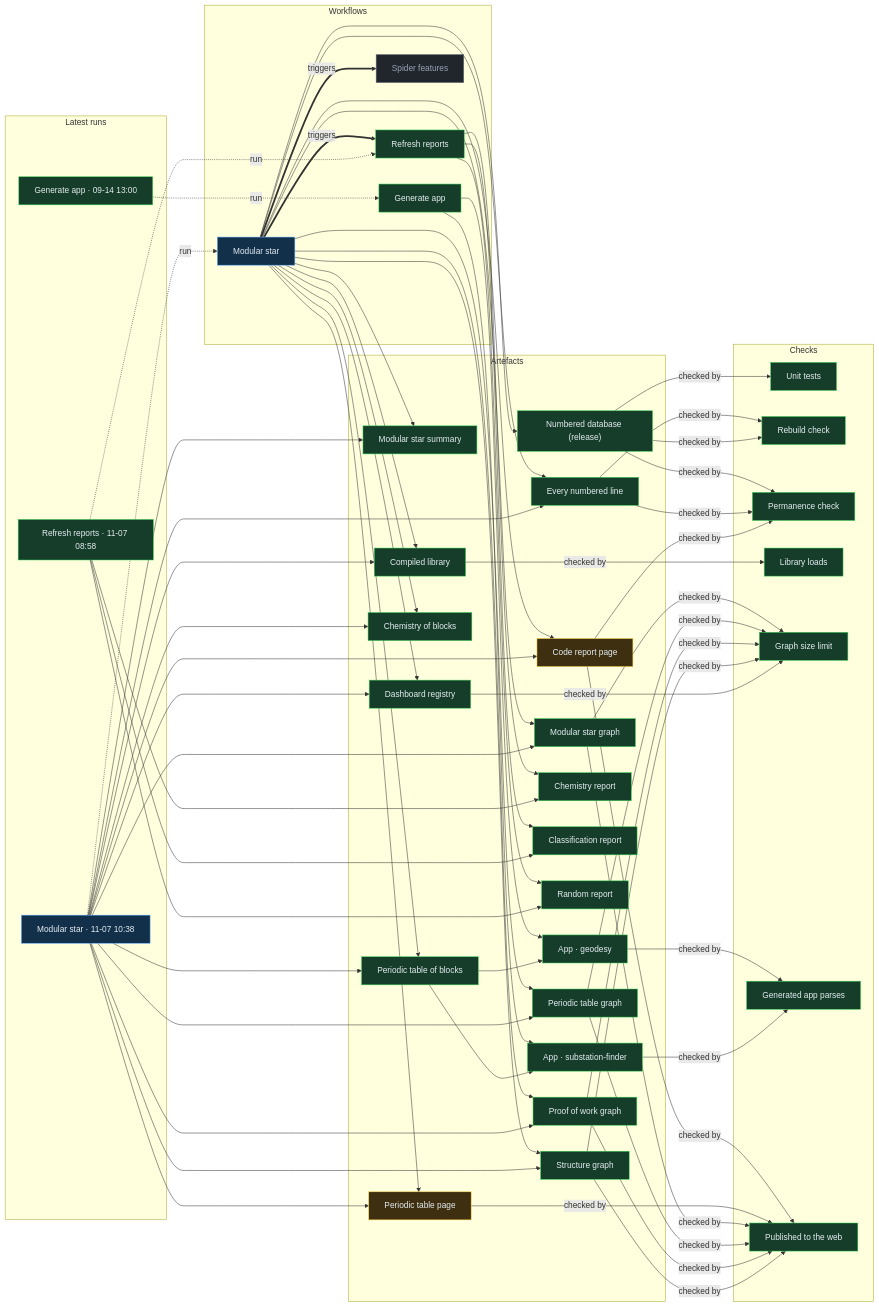
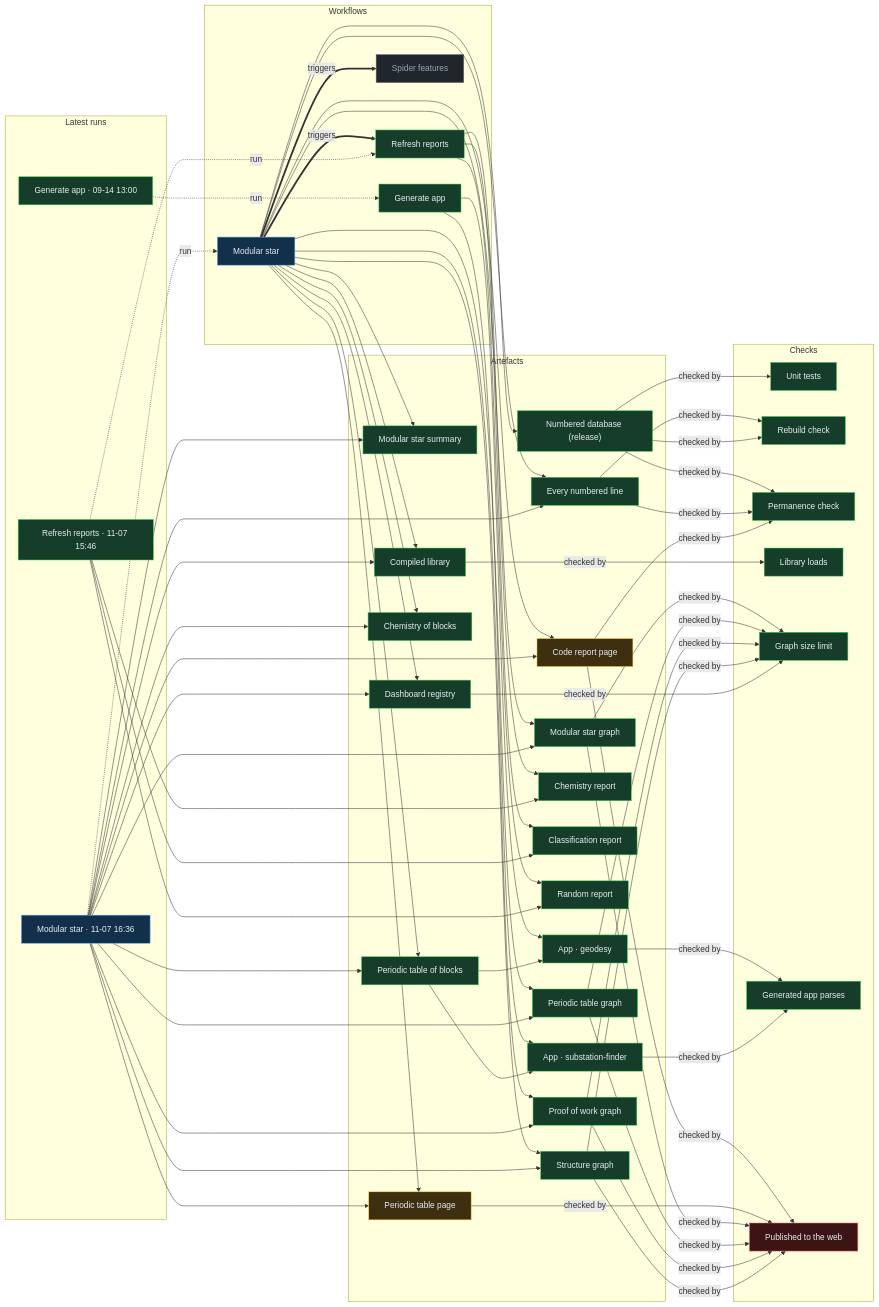
The diagram in proof/PROOF.md (Ventusltd/stars), drawn with Mermaid before and after one commit. The commit also changed other lines of this file and 48 other files, not shown here.

Commit message:
Modular star 2026-11-07T16:39Z

```diff
--- a/proof/PROOF.md
+++ b/proof/PROOF.md
@@ -24,8 +24,8 @@
   n_wf_spider_features["Spider features"]:::off
   end
   subgraph g_runs["Latest runs"]
-  n_run_42364829350["Modular star · 11-07 10:38"]:::live
-  n_run_42357678475["Refresh reports · 11-07 08:58"]:::ok
+  n_run_42392182142["Modular star · 11-07 16:36"]:::live
+  n_run_42388033819["Refresh reports · 11-07 15:46"]:::ok
   n_run_34846587798["Generate app · 09-14 13:00"]:::ok
   end
   subgraph g_artefacts["Artefacts"]
@@ -55,43 +55,43 @@
   n_chk_library["Library loads"]:::ok
   n_chk_size["Graph size limit"]:::ok
   n_chk_parses["Generated app parses"]:::ok
-  n_chk_pages["Published to the web"]:::ok
+  n_chk_pages["Published to the web"]:::fail
   end
   n_wf_modular_star == triggers ==> n_wf_refresh
   n_wf_modular_star == triggers ==> n_wf_spider_features
-  n_run_42364829350 -. run .-> n_wf_modular_star
-  n_run_42357678475 -. run .-> n_wf_refresh
+  n_run_42392182142 -. run .-> n_wf_modular_star
+  n_run_42388033819 -. run .-> n_wf_refresh
   n_run_34846587798 -. run .-> n_wf_generate
   n_wf_modular_star --> n_art_summary
-  n_run_42364829350 --> n_art_summary
+  n_run_42392182142 --> n_art_summary
   n_wf_modular_star --> n_art_lines
-  n_run_42364829350 --> n_art_lines
+  n_run_42392182142 --> n_art_lines
   n_wf_modular_star --> n_art_code
-  n_run_42364829350 --> n_art_code
+  n_run_42392182142 --> n_art_code
   n_wf_modular_star --> n_art_modular_graph
-  n_run_42364829350 --> n_art_modular_graph
+  n_run_42392182142 --> n_art_modular_graph
   n_wf_modular_star --> n_art_blocks
-  n_run_42364829350 --> n_art_blocks
+  n_run_42392182142 --> n_art_blocks
   n_wf_modular_star --> n_art_table
-  n_run_42364829350 --> n_art_table
+  n_run_42392182142 --> n_art_table
   n_wf_modular_star --> n_art_blocks_graph
-  n_run_42364829350 --> n_art_blocks_graph
+  n_run_42392182142 --> n_art_blocks_graph
   n_wf_modular_star --> n_art_reactions
-  n_run_42364829350 --> n_art_reactions
+  n_run_42392182142 --> n_art_reactions
   n_wf_modular_star --> n_art_library
-  n_run_42364829350 --> n_art_library
+  n_run_42392182142 --> n_art_library
   n_wf_modular_star --> n_art_features
-  n_run_42364829350 --> n_art_features
+  n_run_42392182142 --> n_art_features
   n_wf_modular_star --> n_art_proof
-  n_run_42364829350 --> n_art_proof
+  n_run_42392182142 --> n_art_proof
   n_wf_modular_star --> n_art_structure
-  n_run_42364829350 --> n_art_structure
+  n_run_42392182142 --> n_art_structure
   n_wf_refresh --> n_art_chemistry
-  n_run_42357678475 --> n_art_chemistry
+  n_run_42388033819 --> n_art_chemistry
   n_wf_refresh --> n_art_vedic
-  n_run_42357678475 --> n_art_vedic
+  n_run_42388033819 --> n_art_vedic
   n_wf_refresh --> n_art_random
-  n_run_42357678475 --> n_art_random
+  n_run_42388033819 --> n_art_random
   n_wf_modular_star --> n_art_release
   n_wf_generate --> n_app_geodesy
   n_art_blocks --> n_app_geodesy
```
